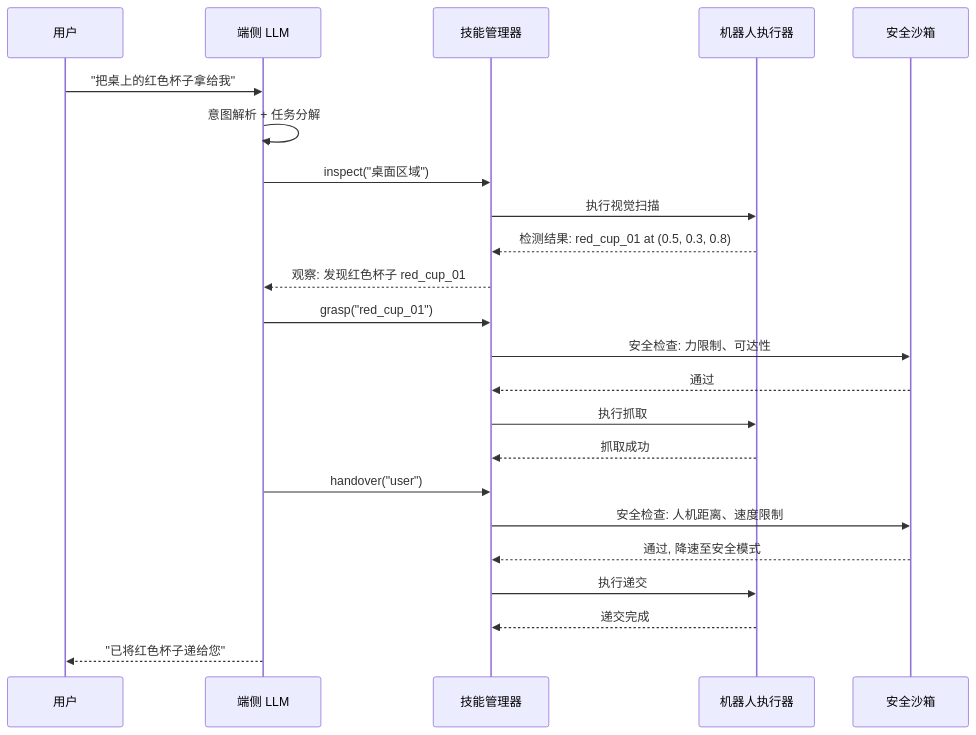
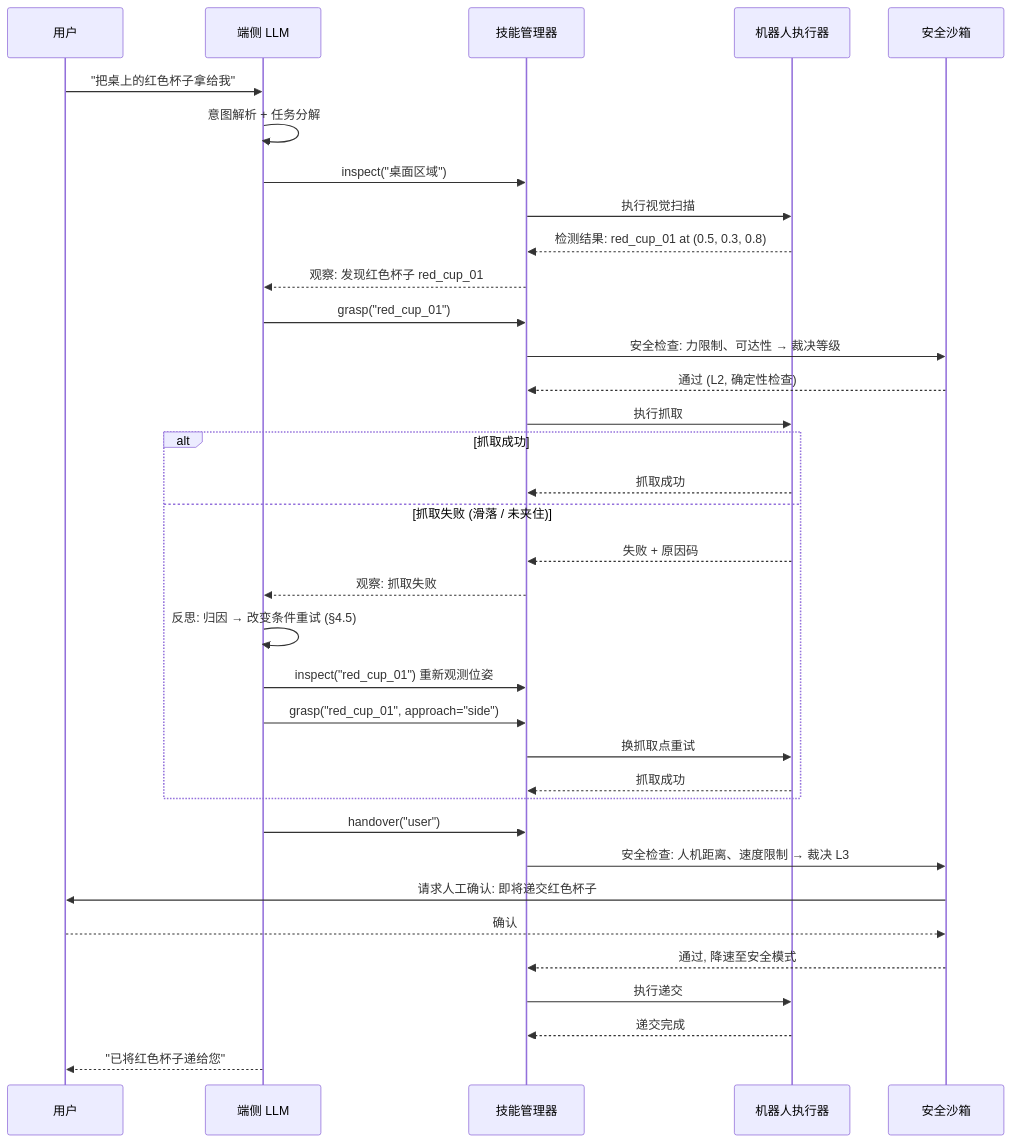
The third of 6 diagrams in robot/general/embodied-agent.md (ranpin/edge-ai-docs), drawn with Mermaid before and after one commit. The commit also changed other lines of this file and 4 other files, not shown here.

````diff
--- a/robot/general/embodied-agent.md
+++ b/robot/general/embodied-agent.md
@@ -146,29 +282,42 @@
 ```mermaid
 sequenceDiagram
     participant U as 用户
     participant LLM as 端侧 LLM
     participant SK as 技能管理器
     participant R as 机器人执行器
     participant S as 安全沙箱
 
     U->>LLM: "把桌上的红色杯子拿给我"
     LLM->>LLM: 意图解析 + 任务分解
     LLM->>SK: inspect("桌面区域")
     SK->>R: 执行视觉扫描
     R-->>SK: 检测结果: red_cup_01 at (0.5, 0.3, 0.8)
     SK-->>LLM: 观察: 发现红色杯子 red_cup_01
 
     LLM->>SK: grasp("red_cup_01")
-    SK->>S: 安全检查: 力限制、可达性
-    S-->>SK: 通过
+    SK->>S: 安全检查: 力限制、可达性 → 裁决等级
+    S-->>SK: 通过 (L2, 确定性检查)
     SK->>R: 执行抓取
-    R-->>SK: 抓取成功
+
+    alt 抓取成功
+        R-->>SK: 抓取成功
+    else 抓取失败 (滑落 / 未夹住)
+        R-->>SK: 失败 + 原因码
+        SK-->>LLM: 观察: 抓取失败
+        LLM->>LLM: 反思: 归因 → 改变条件重试 (§4.5)
+        LLM->>SK: inspect("red_cup_01") 重新观测位姿
+        LLM->>SK: grasp("red_cup_01", approach="side")
+        SK->>R: 换抓取点重试
+        R-->>SK: 抓取成功
+    end
 
     LLM->>SK: handover("user")
-    SK->>S: 安全检查: 人机距离、速度限制
+    SK->>S: 安全检查: 人机距离、速度限制 → 裁决 L3
+    S->>U: 请求人工确认: 即将递交红色杯子
+    U-->>S: 确认
     S-->>SK: 通过, 降速至安全模式
     SK->>R: 执行递交
     R-->>SK: 递交完成
 
     LLM-->>U: "已将红色杯子递给您"
 ```
````
